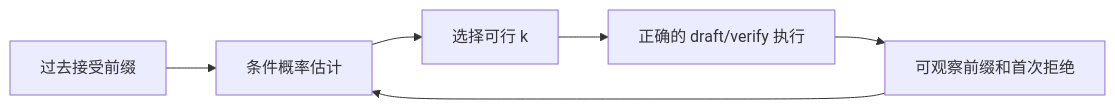
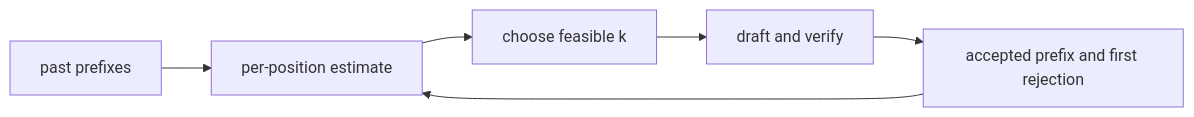
Before and after one commit to MiniYuanBot/mlsys-intermediate: the second of 2 diagrams in course/modules/04-speculative-slo.md, drawn with Mermaid. The commit also changed other lines of this file and 260 other files, not shown here.

````diff
--- a/course/modules/04-speculative-slo.md
+++ b/course/modules/04-speculative-slo.md
@@ -199,8 +270,8 @@
 ```mermaid
 flowchart LR
- H[过去接受前缀] --> E[条件概率估计]
- E --> K[选择可行 k]
- K --> V[正确的 draft/verify 执行]
- V --> O[可观察前缀和首次拒绝]
- O --> E
+  H[past prefixes] --> E[per-position estimate]
+  E --> K[choose feasible k]
+  K --> V[draft and verify]
+  V --> O[accepted prefix and first rejection]
+  O --> E
 ```
````
